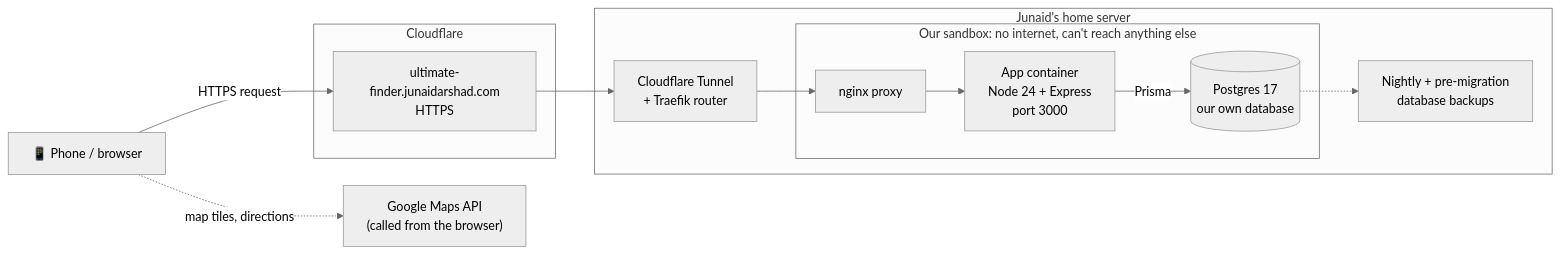
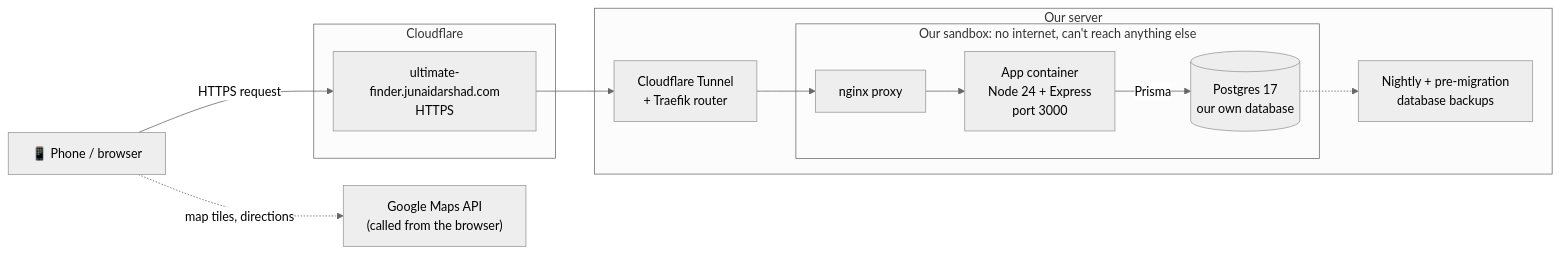
One commit to maniic/Ultimate-Finder changed the first of 3 diagrams in docs/kickoff.md. Above: the diagram before and after it, drawn with Mermaid (neutral theme). The commit also changed 6 other files, not shown here.

````diff
--- a/docs/kickoff.md
+++ b/docs/kickoff.md
@@ -48,24 +48,24 @@
 ```mermaid
 flowchart LR
     U["📱 Phone / browser"]
     G["Google Maps API<br/>(called from the browser)"]
 
     subgraph CF["Cloudflare"]
         DNS["ultimate-finder.junaidarshad.com<br/>HTTPS"]
     end
 
-    subgraph AIR["Junaid's home server"]
+    subgraph AIR["Our server"]
         T["Cloudflare Tunnel<br/>+ Traefik router"]
         subgraph BOX["Our sandbox: no internet, can't reach anything else"]
             P["nginx proxy"]
             A["App container<br/>Node 24 + Express<br/>port 3000"]
             DB[("Postgres 17<br/>our own database")]
         end
         BK["Nightly + pre-migration<br/>database backups"]
     end
 
     U -- "HTTPS request" --> DNS --> T --> P --> A
     A -- "Prisma" --> DB
     DB -.-> BK
     U -. "map tiles, directions" .-> G
 ```
````
